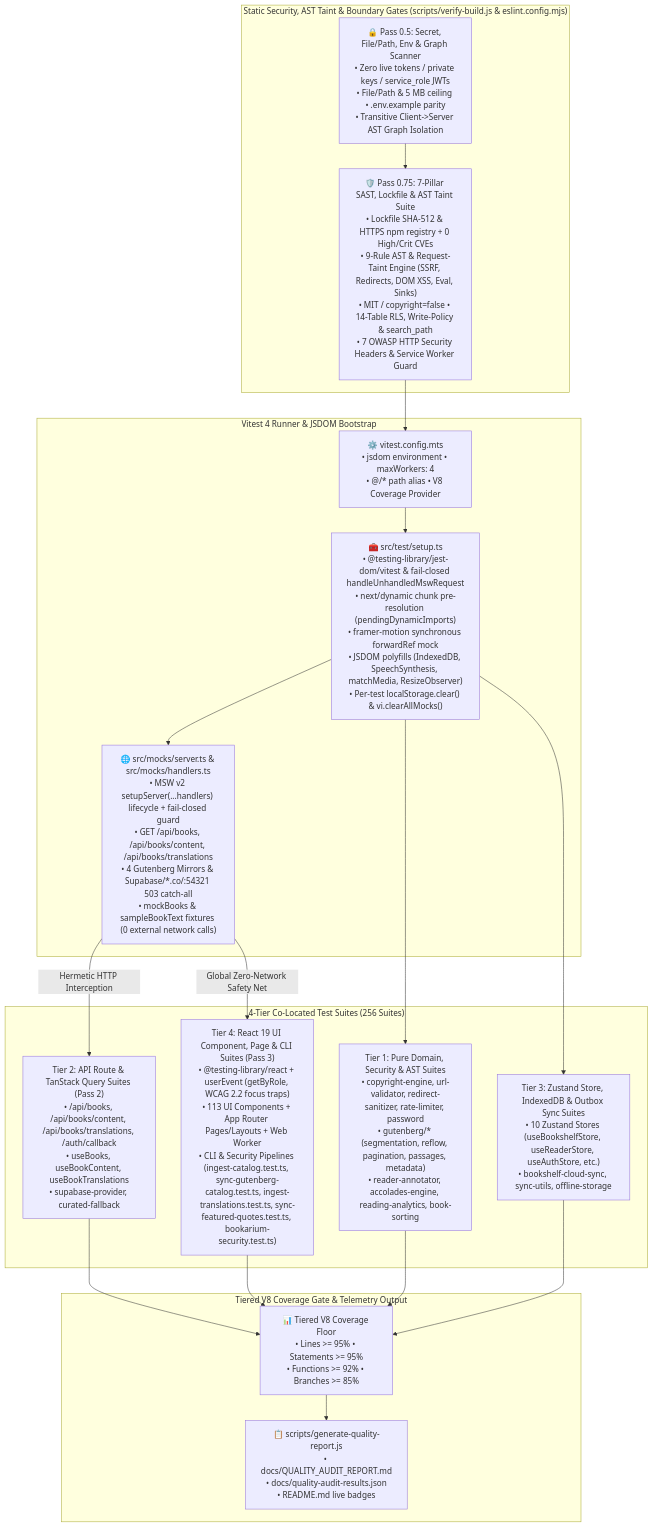
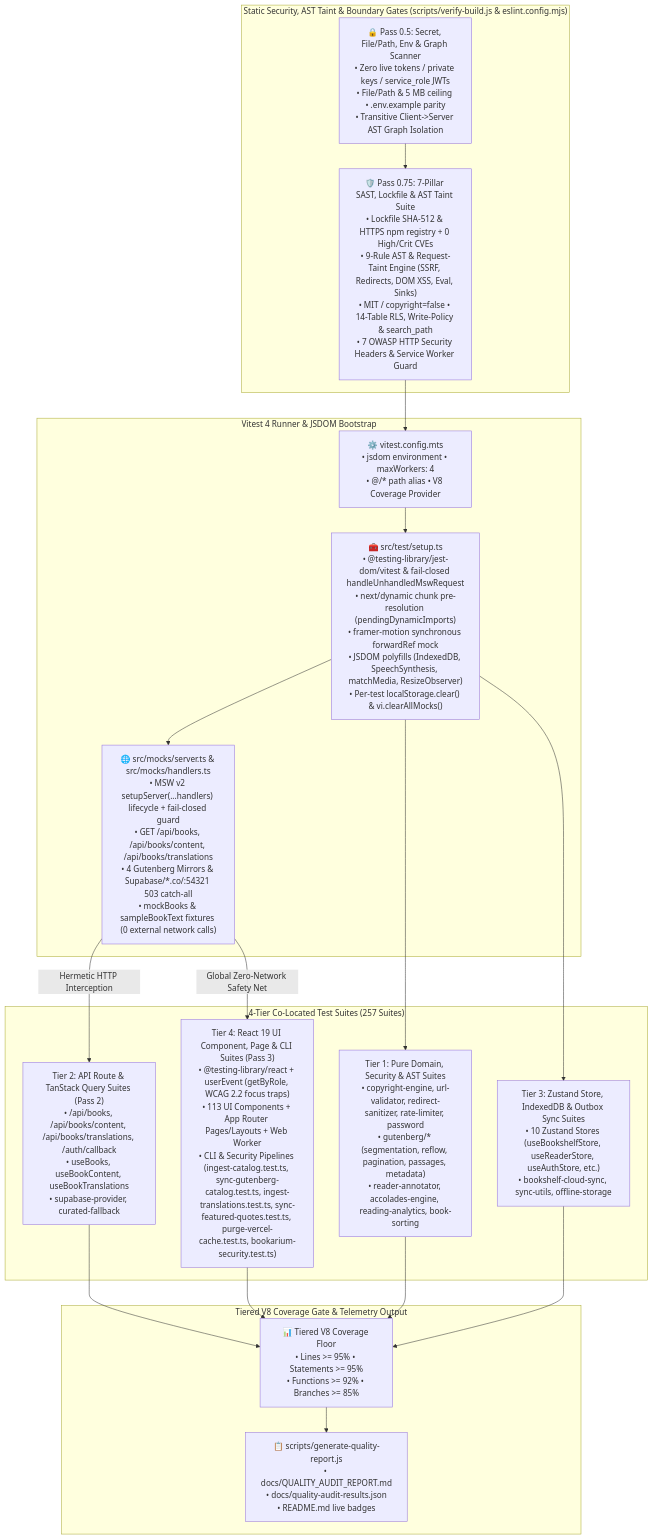
The ninth of 13 diagrams in docs/ARCHITECTURE.md (calin-m/Bookarium), drawn with Mermaid before and after one commit. The commit also changed other lines of this file and 36 other files, not shown here.

First line of the commit message:
feat(pipeline): add Vercel Edge cache tag purging, Option-A quote pruning, and GitHub Actions runbook

````diff
--- a/docs/ARCHITECTURE.md
+++ b/docs/ARCHITECTURE.md
@@ -1190,39 +1204,39 @@
 ```mermaid
 flowchart TD
     subgraph SecurityGates ["Static Security, AST Taint & Boundary Gates (scripts/verify-build.js & eslint.config.mjs)"]
         Pass05["🔒 Pass 0.5: Secret, File/Path, Env & Graph Scanner\n• Zero live tokens / private keys / service_role JWTs\n• File/Path & 5 MB ceiling • .env.example parity\n• Transitive Client->Server AST Graph Isolation"]
         Pass075["🛡️ Pass 0.75: 7-Pillar SAST, Lockfile & AST Taint Suite\n• Lockfile SHA-512 & HTTPS npm registry + 0 High/Crit CVEs\n• 9-Rule AST & Request-Taint Engine (SSRF, Redirects, DOM XSS, Eval, Sinks)\n• MIT / copyright=false • 14-Table RLS, Write-Policy & search_path\n• 7 OWASP HTTP Security Headers & Service Worker Guard"]
     end
 
     subgraph TestRunner ["Vitest 4 Runner & JSDOM Bootstrap"]
         VitestCfg["⚙️ vitest.config.mts\n• jsdom environment • maxWorkers: 4\n• @/* path alias • V8 Coverage Provider"]
         TestSetup["🧰 src/test/setup.ts\n• @testing-library/jest-dom/vitest & fail-closed handleUnhandledMswRequest\n• next/dynamic chunk pre-resolution (pendingDynamicImports)\n• framer-motion synchronous forwardRef mock\n• JSDOM polyfills (IndexedDB, SpeechSynthesis, matchMedia, ResizeObserver)\n• Per-test localStorage.clear() & vi.clearAllMocks()"]
         MSWServer["🌐 src/mocks/server.ts & src/mocks/handlers.ts\n• MSW v2 setupServer(...handlers) lifecycle + fail-closed guard\n• GET /api/books, /api/books/content, /api/books/translations\n• 4 Gutenberg Mirrors & Supabase/*.co/:54321 503 catch-all\n• mockBooks & sampleBookText fixtures (0 external network calls)"]
     end
 
-    subgraph TestTiers ["4-Tier Co-Located Test Suites (256 Suites)"]
+    subgraph TestTiers ["4-Tier Co-Located Test Suites (257 Suites)"]
         Tier1["Tier 1: Pure Domain, Security & AST Suites\n• copyright-engine, url-validator, redirect-sanitizer, rate-limiter, password\n• gutenberg/* (segmentation, reflow, pagination, passages, metadata)\n• reader-annotator, accolades-engine, reading-analytics, book-sorting"]
         Tier2["Tier 2: API Route & TanStack Query Suites (Pass 2)\n• /api/books, /api/books/content, /api/books/translations, /auth/callback\n• useBooks, useBookContent, useBookTranslations\n• supabase-provider, curated-fallback"]
         Tier3["Tier 3: Zustand Store, IndexedDB & Outbox Sync Suites\n• 10 Zustand Stores (useBookshelfStore, useReaderStore, useAuthStore, etc.)\n• bookshelf-cloud-sync, sync-utils, offline-storage"]
-        Tier4["Tier 4: React 19 UI Component, Page & CLI Suites (Pass 3)\n• @testing-library/react + userEvent (getByRole, WCAG 2.2 focus traps)\n• 113 UI Components + App Router Pages/Layouts + Web Worker\n• CLI & Security Pipelines (ingest-catalog.test.ts, sync-gutenberg-catalog.test.ts, ingest-translations.test.ts, sync-featured-quotes.test.ts, bookarium-security.test.ts)"]
+        Tier4["Tier 4: React 19 UI Component, Page & CLI Suites (Pass 3)\n• @testing-library/react + userEvent (getByRole, WCAG 2.2 focus traps)\n• 113 UI Components + App Router Pages/Layouts + Web Worker\n• CLI & Security Pipelines (ingest-catalog.test.ts, sync-gutenberg-catalog.test.ts, ingest-translations.test.ts, sync-featured-quotes.test.ts, purge-vercel-cache.test.ts, bookarium-security.test.ts)"]
     end
 
     subgraph CoverageGate ["Tiered V8 Coverage Gate & Telemetry Output"]
         V8Thresholds["📊 Tiered V8 Coverage Floor\n• Lines >= 95% • Statements >= 95%\n• Functions >= 92% • Branches >= 85%"]
         QualityReport["📋 scripts/generate-quality-report.js\n• docs/QUALITY_AUDIT_REPORT.md\n• docs/quality-audit-results.json\n• README.md live badges"]
     end
 
     Pass05 --> Pass075
     Pass075 --> VitestCfg
     VitestCfg --> TestSetup
     TestSetup --> MSWServer
     TestSetup --> Tier1
     MSWServer -->|"Hermetic HTTP Interception"| Tier2
     TestSetup --> Tier3
     MSWServer -->|"Global Zero-Network Safety Net"| Tier4
     Tier1 --> V8Thresholds
     Tier2 --> V8Thresholds
     Tier3 --> V8Thresholds
     Tier4 --> V8Thresholds
     V8Thresholds --> QualityReport
 ```
````
